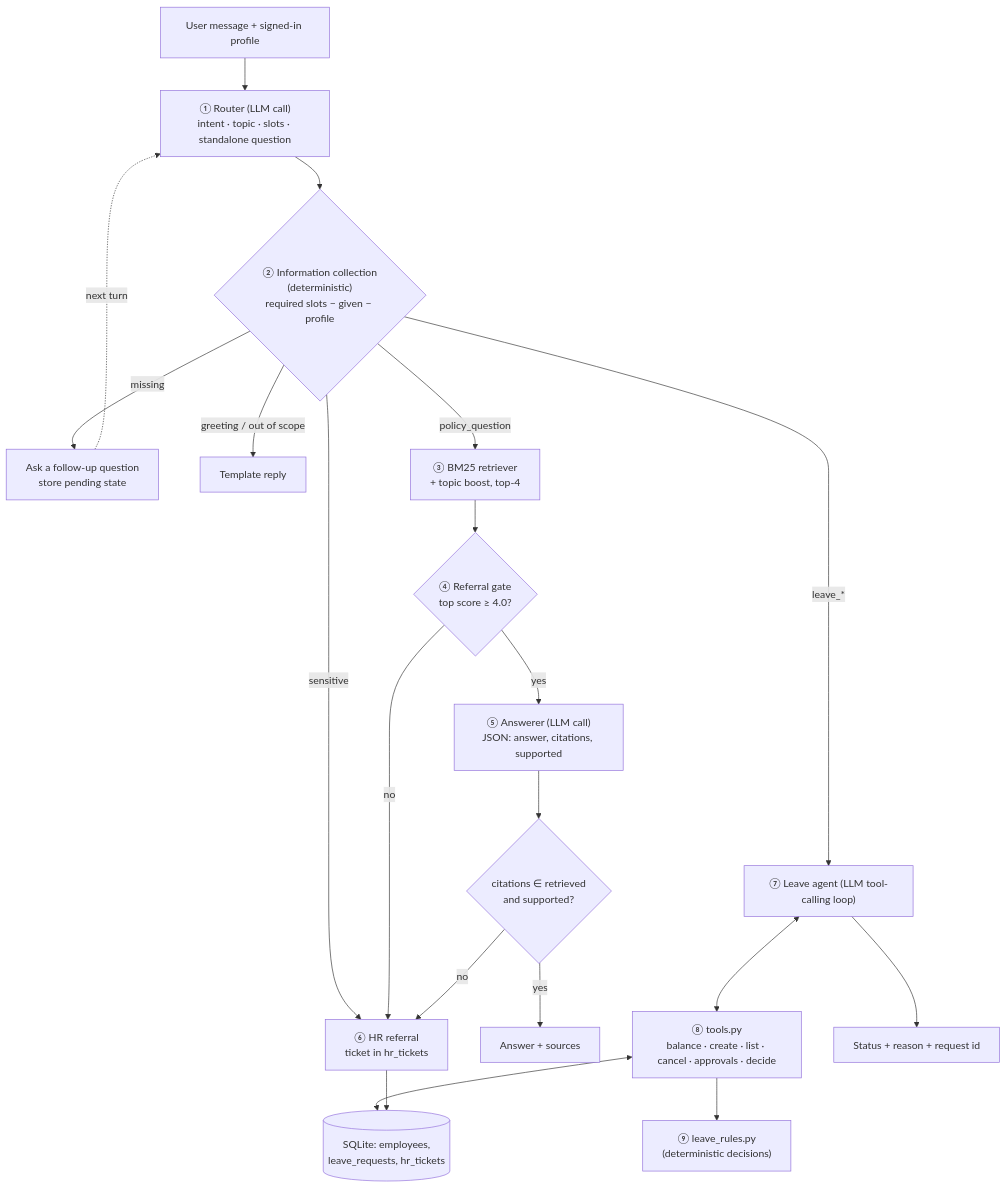
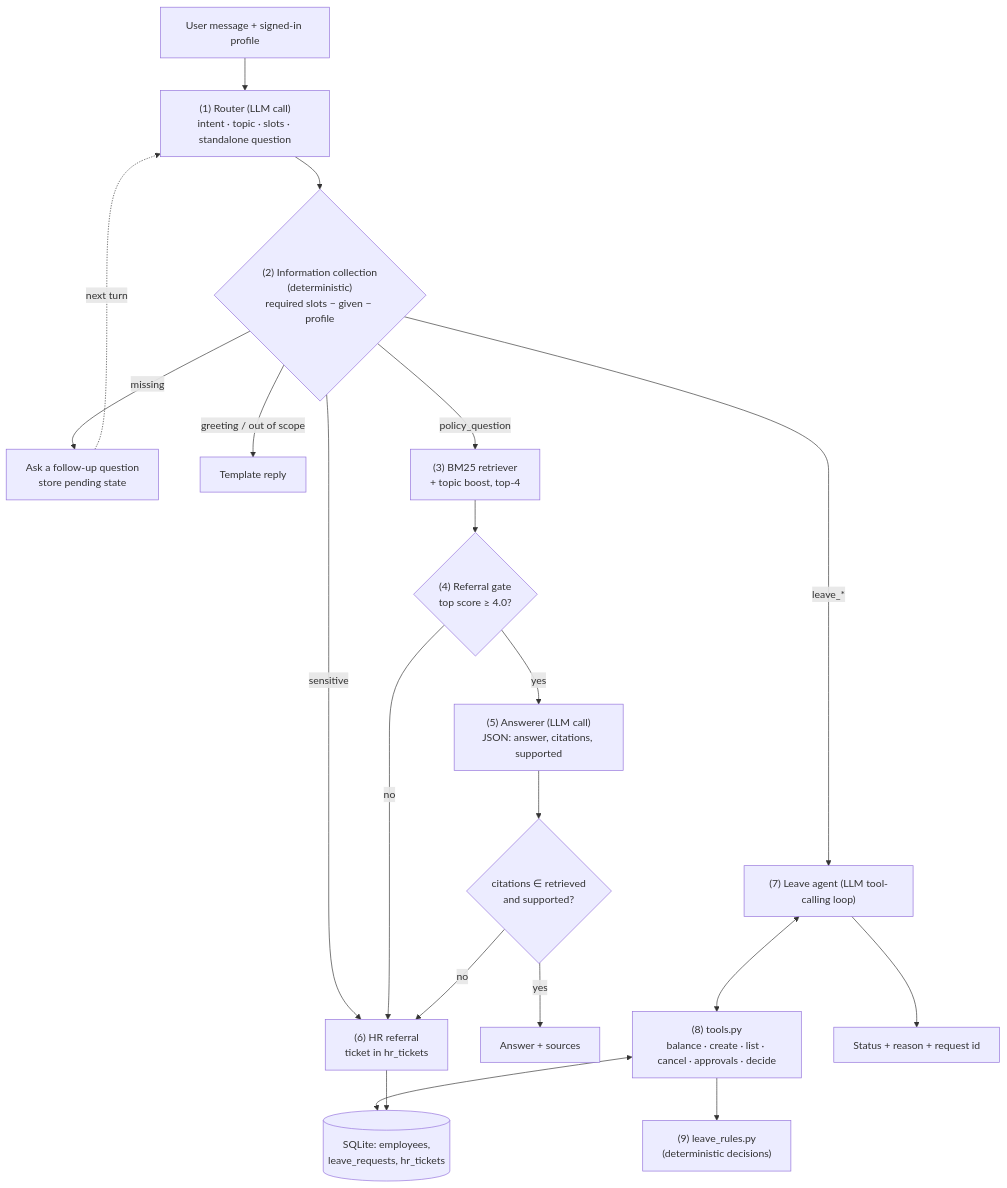
Before and after one commit to Sneezyan123/brightpath-hr-assistant: the diagram in docs/REPORT.md, drawn with Mermaid. The commit also changed other lines of this file and 4 other files, not shown here.

````diff
--- a/docs/REPORT.md
+++ b/docs/REPORT.md
@@ -74,22 +74,22 @@
 ```mermaid
 flowchart TD
-    U[User message + signed-in profile] --> R["① Router (LLM call)<br/>intent · topic · slots · standalone question"]
-    R --> IC{"② Information collection<br/>(deterministic)<br/>required slots − given − profile"}
+    U[User message + signed-in profile] --> R["(1) Router (LLM call)<br/>intent · topic · slots · standalone question"]
+    R --> IC{"(2) Information collection<br/>(deterministic)<br/>required slots − given − profile"}
     IC -- missing --> FQ[Ask a follow-up question<br/>store pending state]
     FQ -. next turn .-> R
     IC -- greeting / out of scope --> T[Template reply]
     IC -- sensitive --> REF
-    IC -- policy_question --> RET["③ BM25 retriever<br/>+ topic boost, top-4"]
-    RET --> G{"④ Referral gate<br/>top score ≥ 4.0?"}
-    G -- no --> REF["⑥ HR referral<br/>ticket in hr_tickets"]
-    G -- yes --> ANS["⑤ Answerer (LLM call)<br/>JSON: answer, citations, supported"]
+    IC -- policy_question --> RET["(3) BM25 retriever<br/>+ topic boost, top-4"]
+    RET --> G{"(4) Referral gate<br/>top score ≥ 4.0?"}
+    G -- no --> REF["(6) HR referral<br/>ticket in hr_tickets"]
+    G -- yes --> ANS["(5) Answerer (LLM call)<br/>JSON: answer, citations, supported"]
     ANS --> V{"citations ∈ retrieved<br/>and supported?"}
     V -- no --> REF
     V -- yes --> OUT[Answer + sources]
-    IC -- leave_* --> LA["⑦ Leave agent (LLM tool-calling loop)"]
-    LA <--> TOOLS["⑧ tools.py<br/>balance · create · list · cancel · approvals · decide"]
-    TOOLS --> RULES["⑨ leave_rules.py<br/>(deterministic decisions)"]
+    IC -- leave_* --> LA["(7) Leave agent (LLM tool-calling loop)"]
+    LA <--> TOOLS["(8) tools.py<br/>balance · create · list · cancel · approvals · decide"]
+    TOOLS --> RULES["(9) leave_rules.py<br/>(deterministic decisions)"]
     TOOLS <--> DB[(SQLite: employees,<br/>leave_requests, hr_tickets)]
     REF --> DB
     LA --> OUT2[Status + reason + request id]
 ```
````
